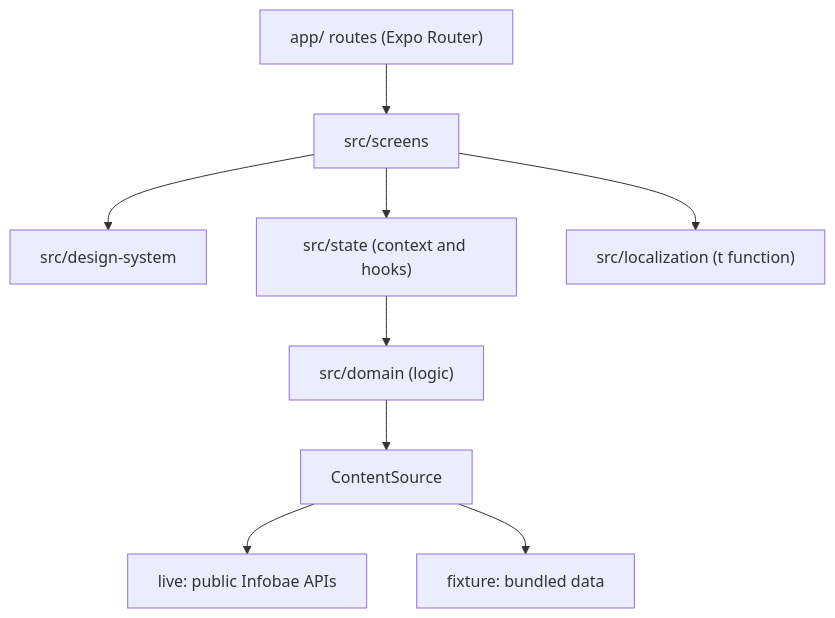
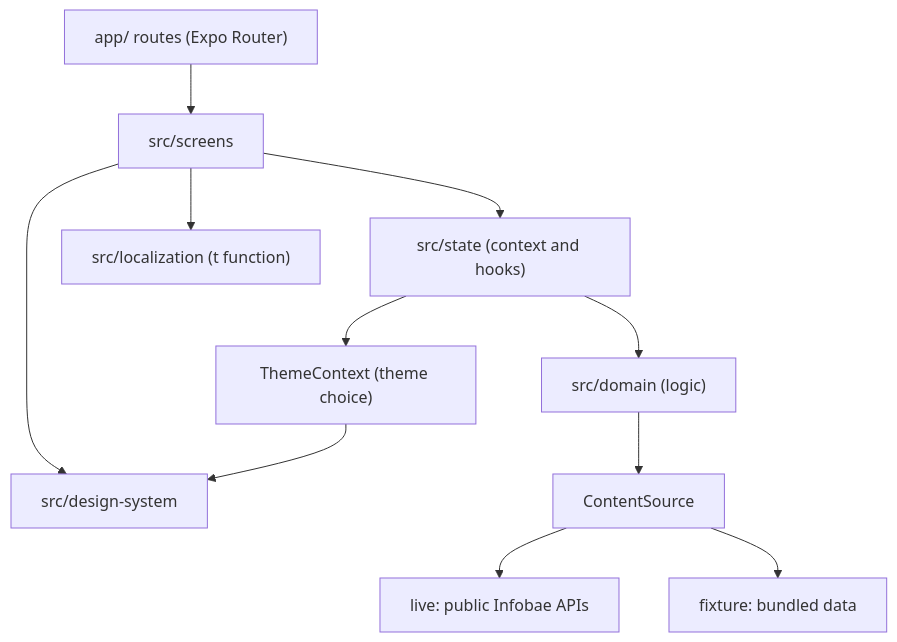
The first of 4 diagrams in docs/dev/architecture.md (sunian/infobae-spectra-sandbox), drawn with Mermaid before and after one commit. The commit also changed other lines of this file and 89 other files, not shown here.

````diff
--- a/docs/dev/architecture.md
+++ b/docs/dev/architecture.md
@@ -13,11 +13,13 @@
 ```mermaid
 flowchart TD
   Routes["app/ routes (Expo Router)"] --> Screens["src/screens"]
   Screens --> DS["src/design-system"]
   Screens --> State["src/state (context and hooks)"]
+  State --> Theme["ThemeContext (theme choice)"]
+  Theme --> DS
   Screens --> Loc["src/localization (t function)"]
   State --> Domain["src/domain (logic)"]
   Domain --> Source["ContentSource"]
   Source --> Live["live: public Infobae APIs"]
   Source --> Fixture["fixture: bundled data"]
 ```
````
